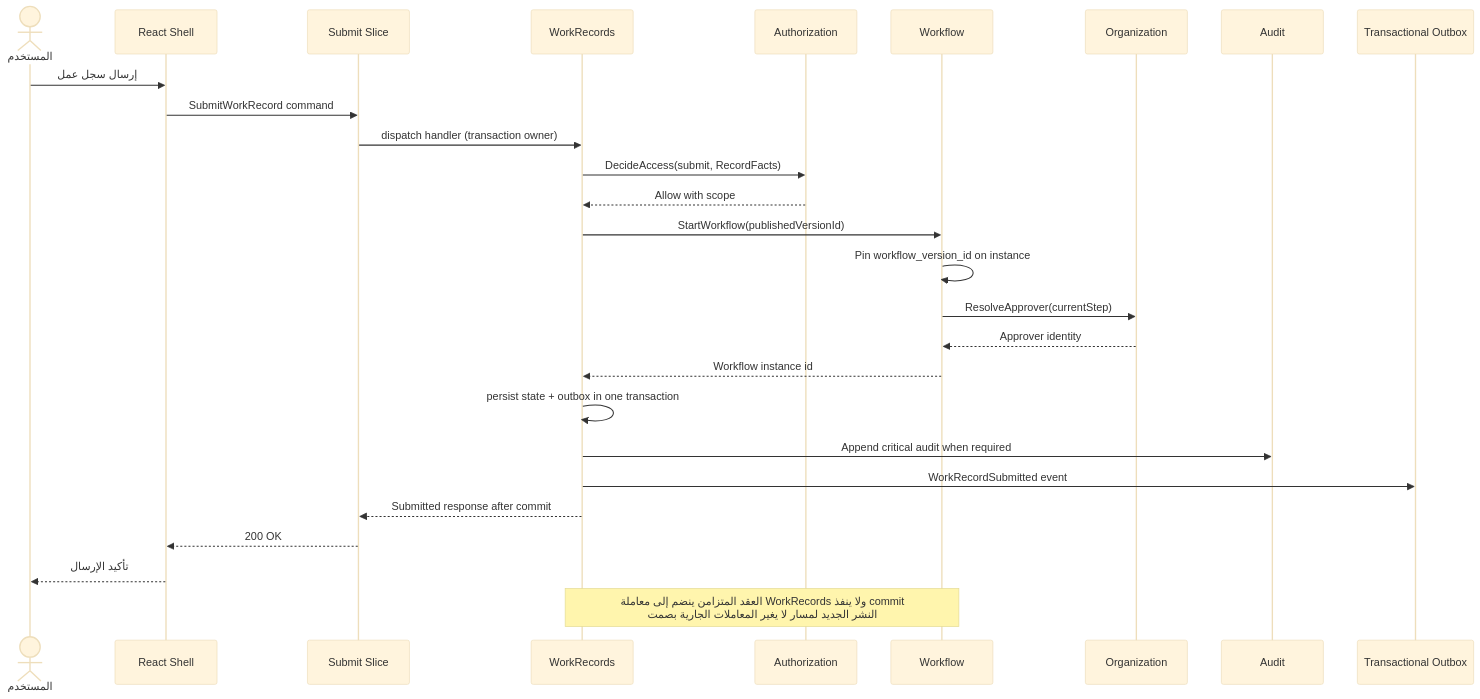
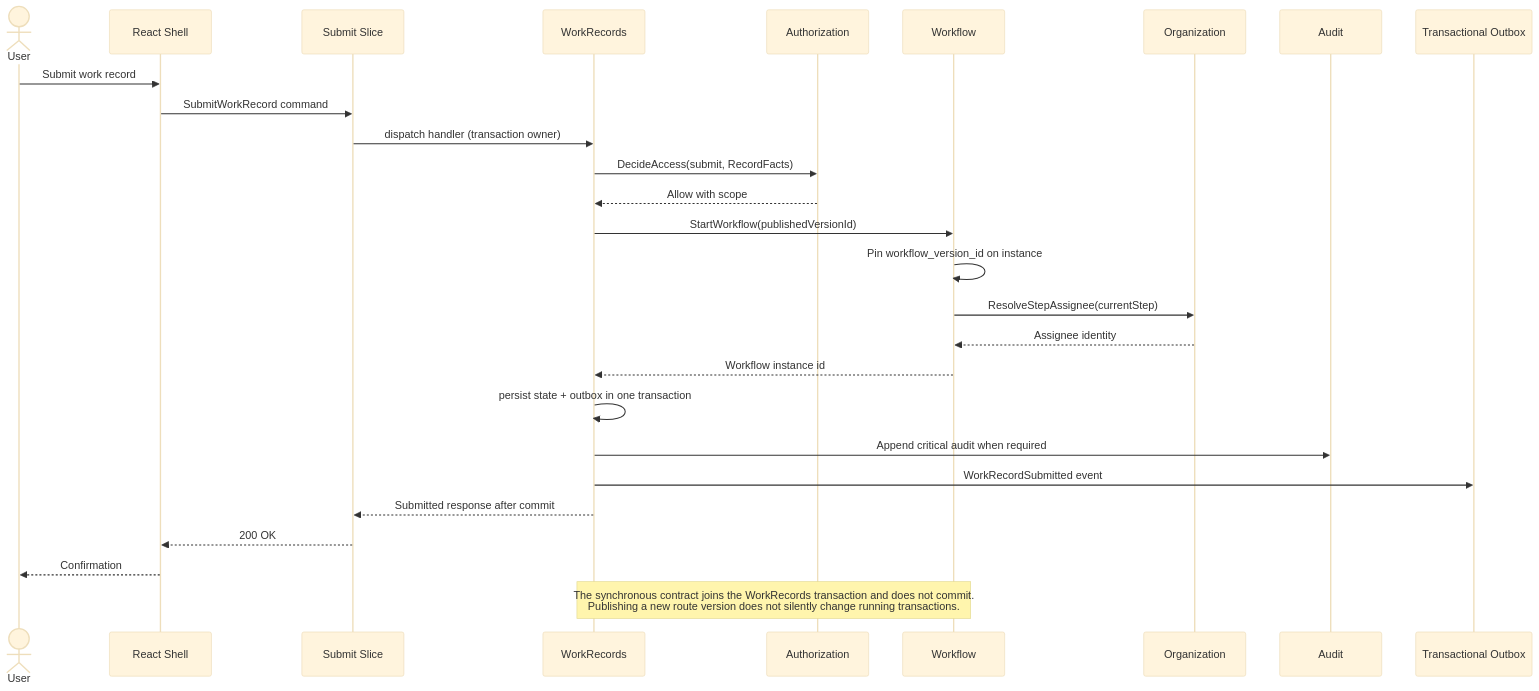
Before and after one commit to tariiq222/cluster: the diagram in docs/architecture/diagrams/workflow-sequence.mmd, drawn with Mermaid (base theme). The commit also changed 129 other files, not shown here.

```diff
--- a/docs/architecture/diagrams/workflow-sequence.mmd
+++ b/docs/architecture/diagrams/workflow-sequence.mmd
@@ -1,29 +1,29 @@
 sequenceDiagram
-    actor User as المستخدم
+    actor User as User
     participant UI as React Shell
     participant Slice as Submit Slice
     participant WR as WorkRecords
     participant Auth as Authorization
     participant Wf as Workflow
     participant Org as Organization
     participant Audit as Audit
     participant Outbox as Transactional Outbox
 
-    User->>UI: إرسال سجل عمل
+    User->>UI: Submit work record
     UI->>Slice: SubmitWorkRecord command
     Slice->>WR: dispatch handler (transaction owner)
     WR->>Auth: DecideAccess(submit, RecordFacts)
     Auth-->>WR: Allow with scope
     WR->>Wf: StartWorkflow(publishedVersionId)
     Wf->>Wf: Pin workflow_version_id on instance
-    Wf->>Org: ResolveApprover(currentStep)
-    Org-->>Wf: Approver identity
+    Wf->>Org: ResolveStepAssignee(currentStep)
+    Org-->>Wf: Assignee identity
     Wf-->>WR: Workflow instance id
     WR->>WR: persist state + outbox in one transaction
     WR->>Audit: Append critical audit when required
     WR->>Outbox: WorkRecordSubmitted event
     WR-->>Slice: Submitted response after commit
     Slice-->>UI: 200 OK
-    UI-->>User: تأكيد الإرسال
+    UI-->>User: Confirmation
 
-    Note over Wf,WR: العقد المتزامن ينضم إلى معاملة WorkRecords ولا ينفذ commit<br/>النشر الجديد لمسار لا يغير المعاملات الجارية بصمت
+    Note over Wf,WR: The synchronous contract joins the WorkRecords transaction and does not commit.<br/>Publishing a new route version does not silently change running transactions.
```
